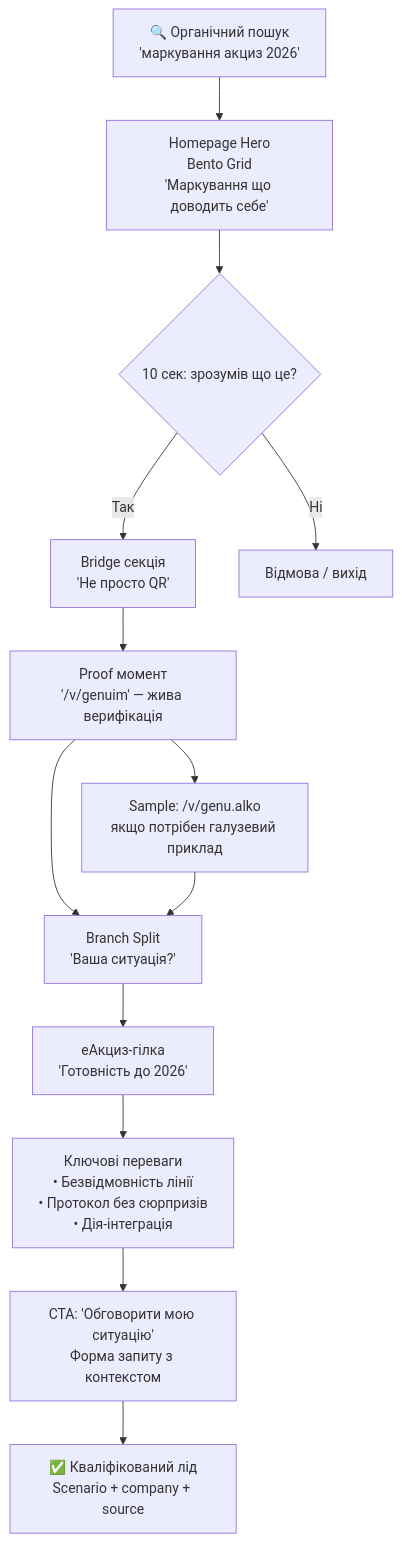
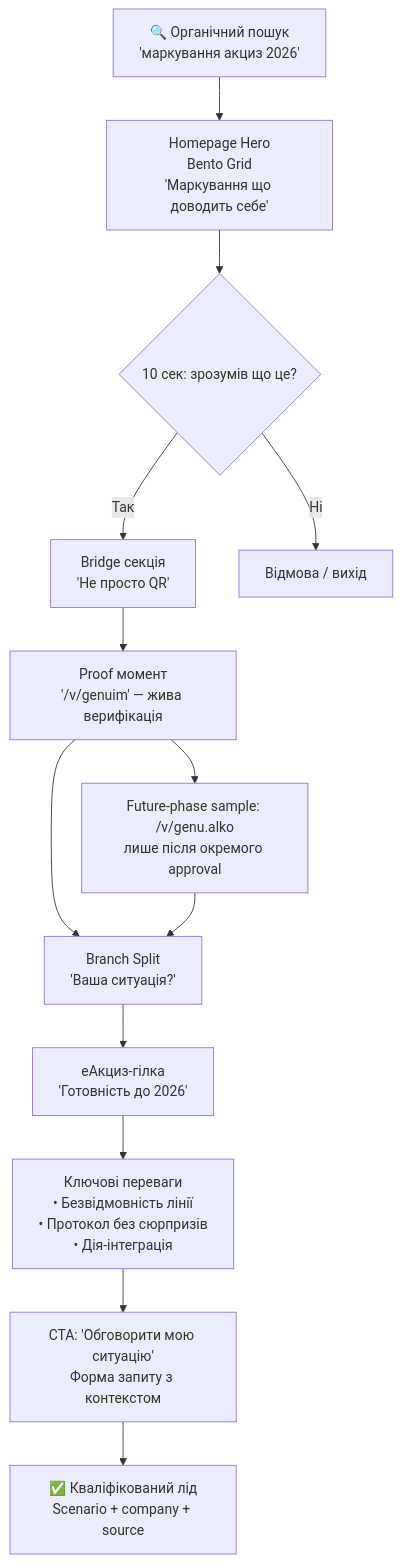
One commit to masteroleg/gm changed the first of 6 diagrams in _bmad-output/planning-artifacts/ux-design-specification.md. Above: the diagram before and after it, drawn with Mermaid. The commit also changed other lines of this file and 12 other files, not shown here.

````diff
--- a/_bmad-output/planning-artifacts/ux-design-specification.md
+++ b/_bmad-output/planning-artifacts/ux-design-specification.md
@@ -391,15 +391,15 @@
 ```mermaid
 flowchart TD
     A[🔍 Органічний пошук\n'маркування акциз 2026'] --> B[Homepage Hero\nBento Grid\n'Маркування що доводить себе']
     B --> C{10 сек: зрозумів що це?}
     C -->|Так| D[Bridge секція\n'Не просто QR']
     C -->|Ні| Z1[Відмова / вихід]
     D --> E[Proof момент\n'/v/genuim' — жива верифікація]
     E --> F[Branch Split\n'Ваша ситуація?']
     F --> G[еАкциз-гілка\n'Готовність до 2026']
     G --> H[Ключові переваги\n• Безвідмовність лінії\n• Протокол без сюрпризів\n• Дія-інтеграція]
     H --> I[CTA: 'Обговорити мою ситуацію'\nФорма запиту з контекстом]
     I --> J[✅ Кваліфікований лід\nScenario + company + source]
-    E --> E1[Sample: /v/genu.alko\nякщо потрібен галузевий приклад]
+    E --> E1[Future-phase sample: /v/genu.alko\nлише після окремого approval]
     E1 --> F
 ```
````
